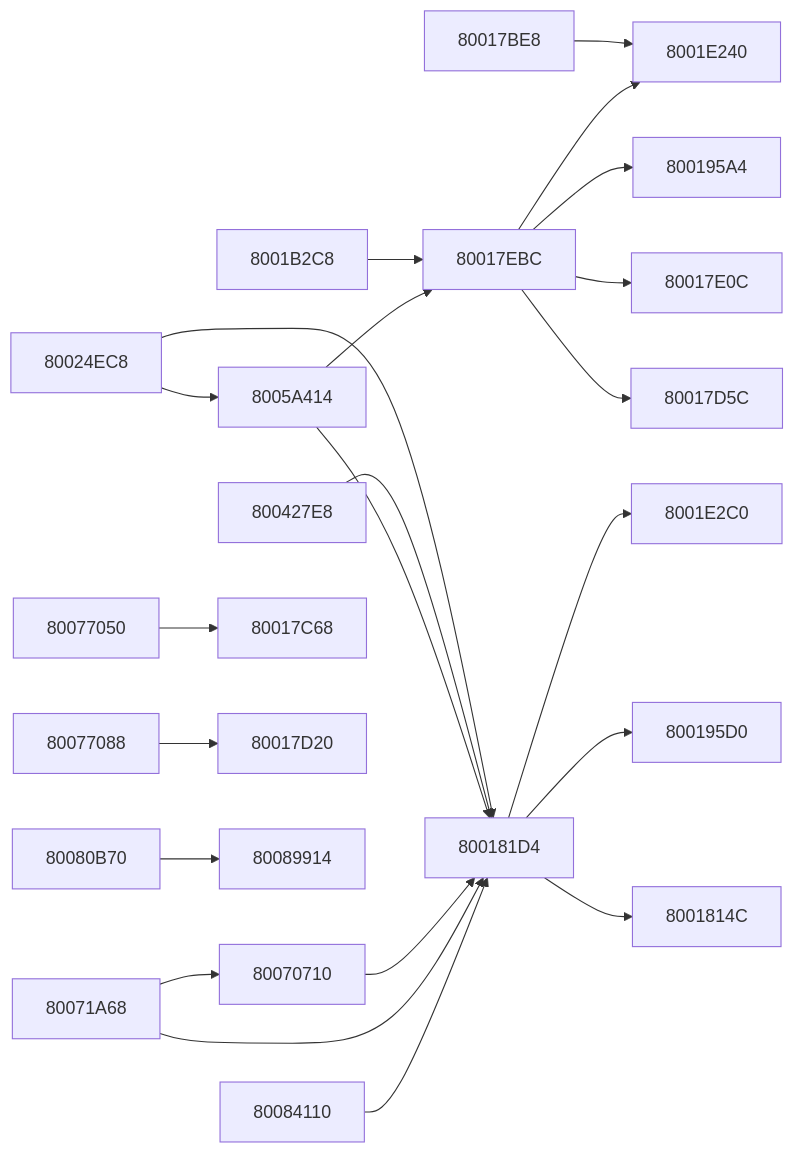
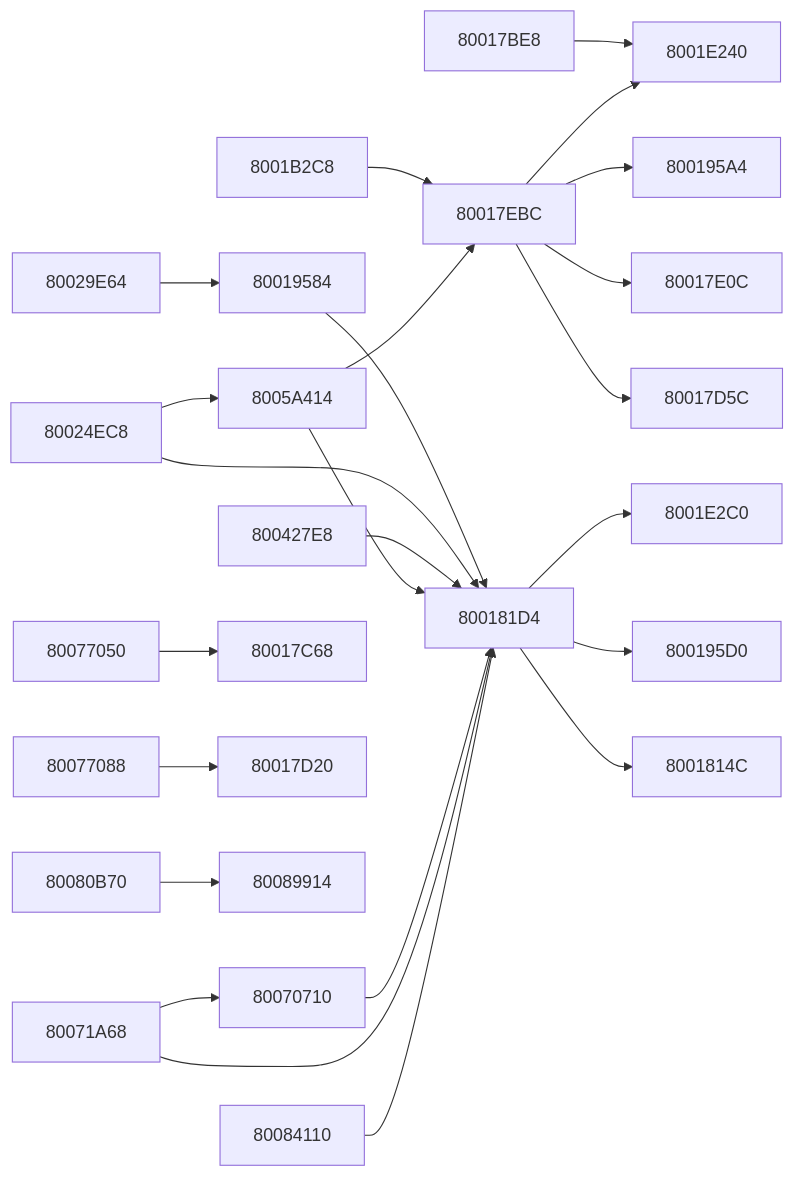
The third of 11 diagrams in docs/FUNCTION_MAP.md (kai-luni/Future-Cop-L.A.P.D-PS1), drawn with Mermaid before and after one commit. The commit also changed other lines of this file, not shown here.

````diff
--- a/docs/FUNCTION_MAP.md
+++ b/docs/FUNCTION_MAP.md
@@ -202,47 +236,51 @@
 ```mermaid
 graph LR
     f80017be8 --> f8001e240
     f80017ebc --> f80017d5c
     f80017ebc --> f80017e0c
     f80017ebc --> f800195a4
     f80017ebc --> f8001e240
     f800181d4 --> f8001814c
     f800181d4 --> f800195d0
     f800181d4 --> f8001e2c0
+    f80019584 --> f800181d4
     f8001b2c8 --> f80017ebc
     f80024ec8 --> f800181d4
     f80024ec8 --> f8005a414
+    f80029e64 --> f80019584
     f800427e8 --> f800181d4
     f8005a414 --> f80017ebc
     f8005a414 --> f800181d4
     f80070710 --> f800181d4
     f80071a68 --> f800181d4
     f80071a68 --> f80070710
     f80077050 --> f80017c68
     f80077088 --> f80017d20
     f80080b70 --> f80089914
     f80084110 --> f800181d4
     f80017be8["80017BE8"]
     f80017c68["80017C68"]
     f80017d20["80017D20"]
     f80017d5c["80017D5C"]
     f80017e0c["80017E0C"]
     f80017ebc["80017EBC"]
     f8001814c["8001814C"]
     f800181d4["800181D4"]
+    f80019584["80019584"]
     f800195a4["800195A4"]
     f800195d0["800195D0"]
     f8001b2c8["8001B2C8"]
     f8001e240["8001E240"]
     f8001e2c0["8001E2C0"]
     f80024ec8["80024EC8"]
+    f80029e64["80029E64"]
     f800427e8["800427E8"]
     f8005a414["8005A414"]
     f80070710["80070710"]
     f80071a68["80071A68"]
     f80077050["80077050"]
     f80077088["80077088"]
     f80080b70["80080B70"]
     f80084110["80084110"]
     f80089914["80089914"]
 ```
````
